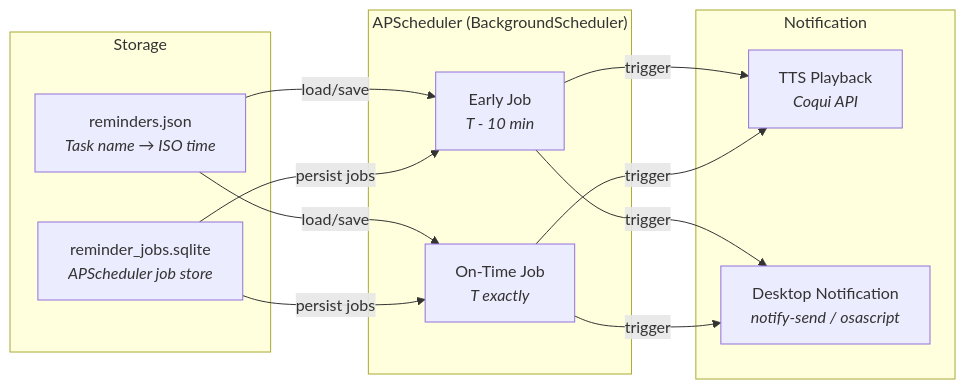
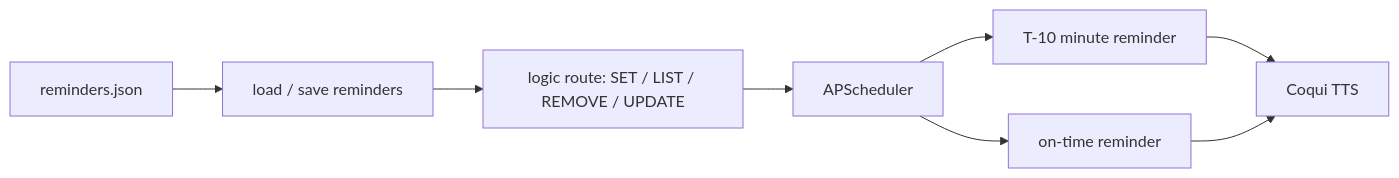
One commit to kumawat-aditya/elisa-assistant changed the fifth of 5 diagrams in docs/ARCHITECTURE.md. Above: the diagram before and after it, drawn with Mermaid. The commit also changed other lines of this file and 4 other files, not shown here.

````diff
--- a/docs/ARCHITECTURE.md
+++ b/docs/ARCHITECTURE.md
@@ -396,26 +368,10 @@
 ```mermaid
 graph LR
-    subgraph Storage
-        JSON["reminders.json<br/><i>Task name → ISO time</i>"]
-        SQLITE["reminder_jobs.sqlite<br/><i>APScheduler job store</i>"]
-    end
-
-    subgraph Scheduler["APScheduler (BackgroundScheduler)"]
-        EARLY["Early Job<br/><i>T - 10 min</i>"]
-        ONTIME["On-Time Job<br/><i>T exactly</i>"]
-    end
-
-    subgraph Notification
-        TTS_NOTIFY["TTS Playback<br/><i>Coqui API</i>"]
-        DESKTOP["Desktop Notification<br/><i>notify-send / osascript</i>"]
-    end
-
-    JSON --> |"load/save"| EARLY
-    JSON --> |"load/save"| ONTIME
-    EARLY --> |"trigger"| TTS_NOTIFY
-    EARLY --> |"trigger"| DESKTOP
-    ONTIME --> |"trigger"| TTS_NOTIFY
-    ONTIME --> |"trigger"| DESKTOP
-    SQLITE --> |"persist jobs"| EARLY
-    SQLITE --> |"persist jobs"| ONTIME
+    JSON["reminders.json"] --> LOAD["load / save reminders"]
+    LOAD --> ROUTER["logic route: SET / LIST / REMOVE / UPDATE"]
+    ROUTER --> APS["APScheduler"]
+    APS --> EARLY["T-10 minute reminder"]
+    APS --> ONTIME["on-time reminder"]
+    EARLY --> TTS["Coqui TTS"]
+    ONTIME --> TTS
 ```
````
